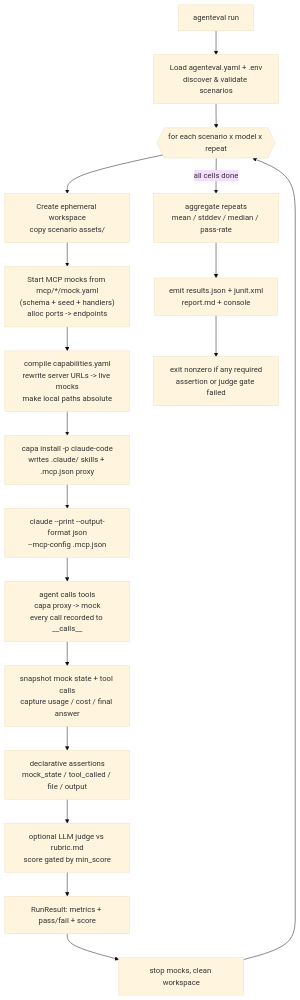
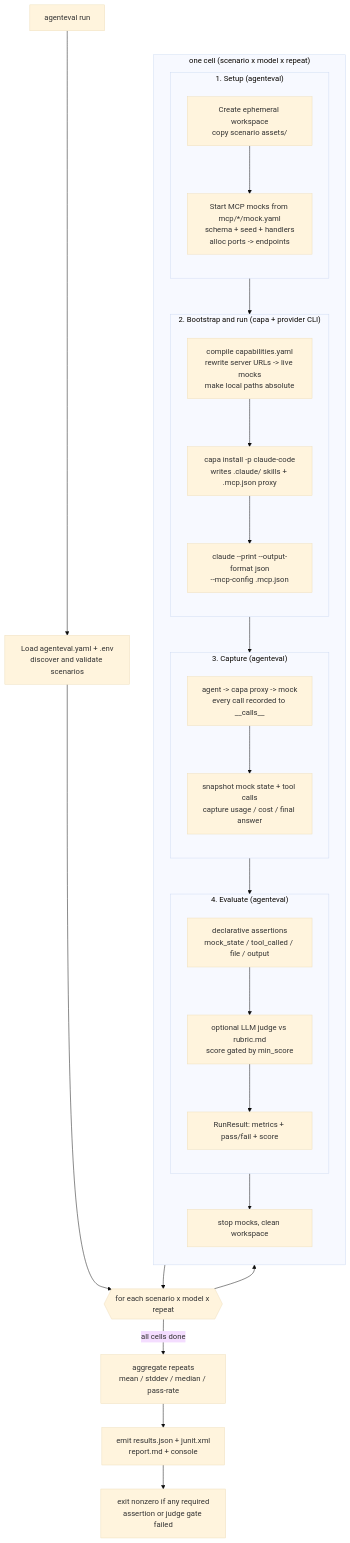
The diagram in README.md (Minitour/agenteval), drawn with Mermaid (base theme) before and after one commit.

Commit message:
Group the how-it-works diagram into phase subgraphs
Scope Setup / Bootstrap / Capture / Evaluate into labeled containers that
also mark the agenteval vs capa+CLI ownership boundary.

````diff
--- a/README.md
+++ b/README.md
@@ -27,25 +27,50 @@
 ```mermaid
 flowchart TD
-  CLI["agenteval run"] --> Load["Load agenteval.yaml + .env<br/>discover &amp; validate scenarios"]
+  CLI["agenteval run"] --> Load["Load agenteval.yaml + .env<br/>discover and validate scenarios"]
   Load --> Loop{{"for each scenario x model x repeat"}}
 
-  Loop --> WS["Create ephemeral workspace<br/>copy scenario assets/"]
-  WS --> Mocks["Start MCP mocks from mcp/*/mock.yaml<br/>(schema + seed + handlers)<br/>alloc ports -&gt; endpoints"]
+  subgraph Cell["one cell (scenario x model x repeat)"]
+    direction TB
 
-  Mocks --> Compile["compile capabilities.yaml<br/>rewrite server URLs -&gt; live mocks<br/>make local paths absolute"]
-  Compile --> Install["capa install -p claude-code<br/>writes .claude/ skills + .mcp.json proxy"]
-  Install --> Run["claude --print --output-format json<br/>--mcp-config .mcp.json"]
+    subgraph Setup["1. Setup (agenteval)"]
+      direction TB
+      WS["Create ephemeral workspace<br/>copy scenario assets/"]
+      Mocks["Start MCP mocks from mcp/*/mock.yaml<br/>schema + seed + handlers<br/>alloc ports -&gt; endpoints"]
+      WS --> Mocks
+    end
 
-  Run --> Calls["agent calls tools<br/>capa proxy -&gt; mock<br/>every call recorded to __calls__"]
-  Calls --> Snap["snapshot mock state + tool calls<br/>capture usage / cost / final answer"]
+    subgraph Boot["2. Bootstrap and run (capa + provider CLI)"]
+      direction TB
+      Compile["compile capabilities.yaml<br/>rewrite server URLs -&gt; live mocks<br/>make local paths absolute"]
+      Install["capa install -p claude-code<br/>writes .claude/ skills + .mcp.json proxy"]
+      Run["claude --print --output-format json<br/>--mcp-config .mcp.json"]
+      Compile --> Install --> Run
+    end
 
-  Snap --> Assert["declarative assertions<br/>mock_state / tool_called / file / output"]
-  Assert --> Judge["optional LLM judge vs rubric.md<br/>score gated by min_score"]
-  Judge --> Record["RunResult: metrics + pass/fail + score"]
-  Record --> Teardown["stop mocks, clean workspace"]
+    subgraph Capture["3. Capture (agenteval)"]
+      direction TB
+      Calls["agent -&gt; capa proxy -&gt; mock<br/>every call recorded to __calls__"]
+      Snap["snapshot mock state + tool calls<br/>capture usage / cost / final answer"]
+      Calls --> Snap
+    end
+
+    subgraph Eval["4. Evaluate (agenteval)"]
+      direction TB
+      Assert["declarative assertions<br/>mock_state / tool_called / file / output"]
+      Judge["optional LLM judge vs rubric.md<br/>score gated by min_score"]
+      Record["RunResult: metrics + pass/fail + score"]
+      Assert --> Judge --> Record
+    end
+
+    Teardown["stop mocks, clean workspace"]
+
+    Setup --> Boot --> Capture --> Eval --> Teardown
+  end
+
+  Loop --> Cell
   Teardown --> Loop
 
   Loop -->|all cells done| Agg["aggregate repeats<br/>mean / stddev / median / pass-rate"]
   Agg --> Report["emit results.json + junit.xml<br/>report.md + console"]
   Report --> Exit["exit nonzero if any required<br/>assertion or judge gate failed"]
 ```
````
